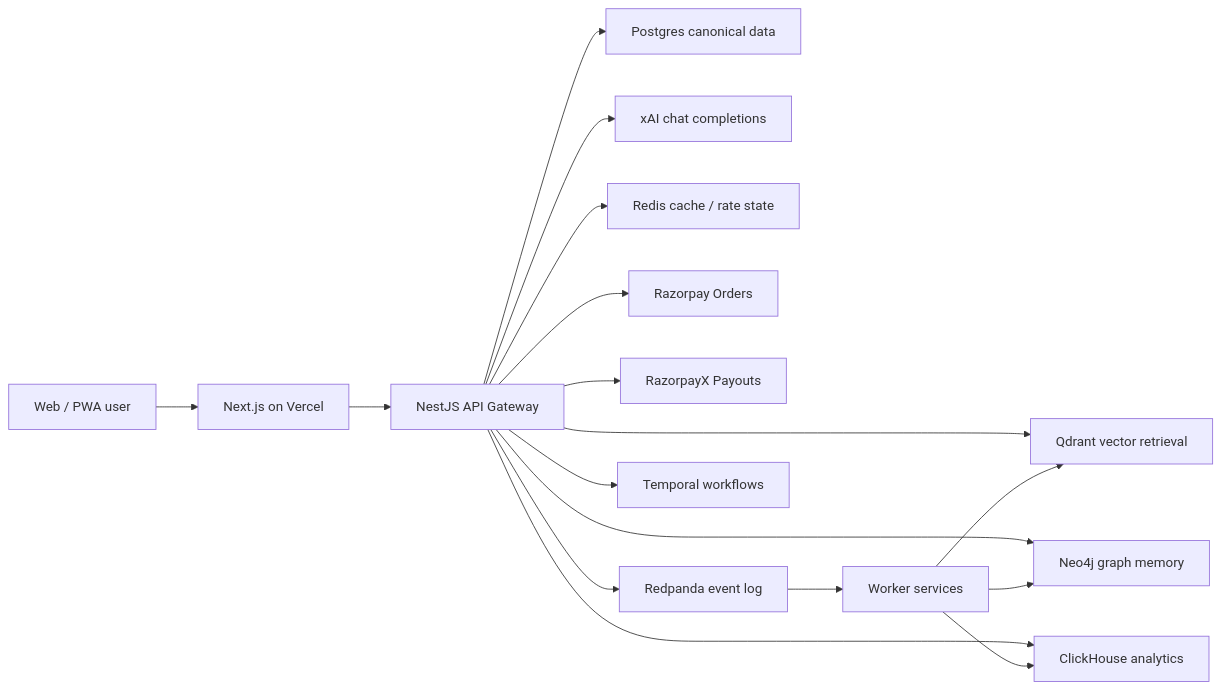
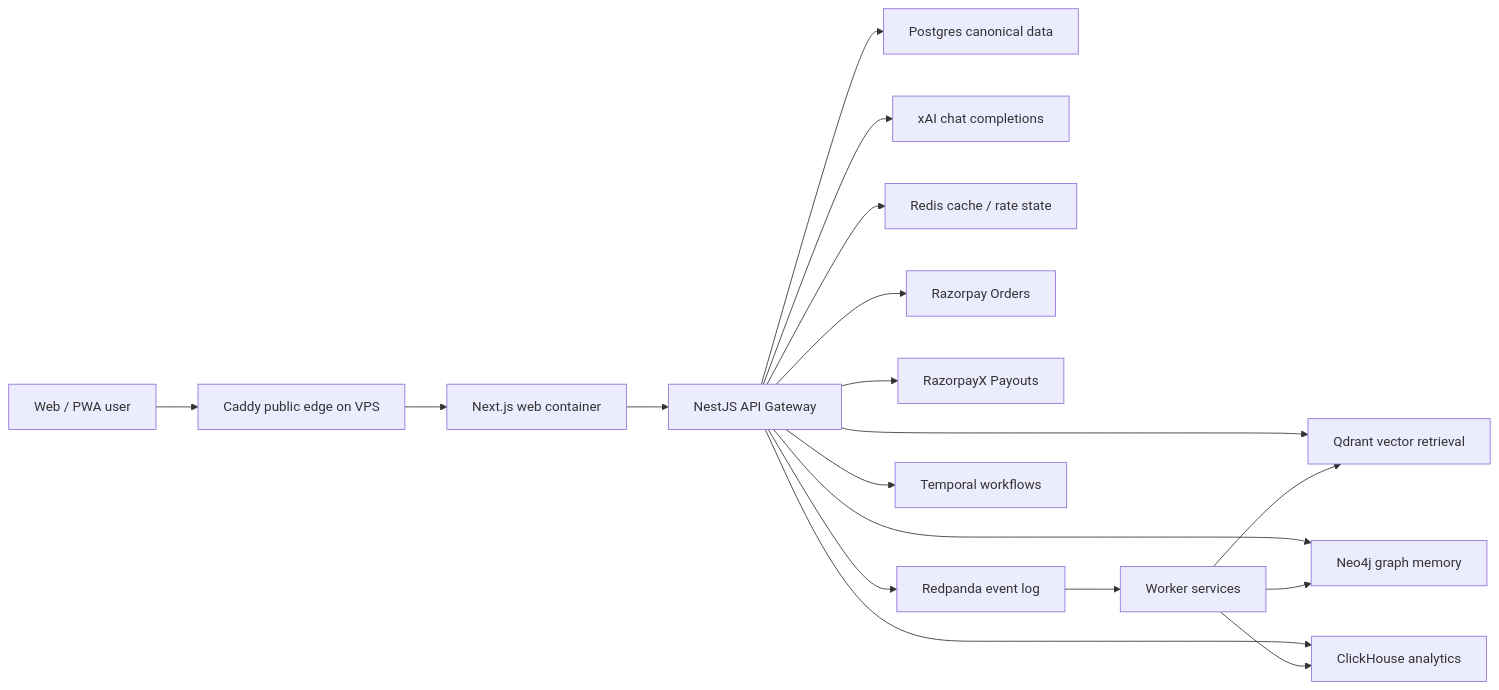
Before and after one commit to Afnanksalal/hana-chat: the first of 3 diagrams in docs/architecture.md, drawn with Mermaid. The commit also changed other lines of this file and 16 other files, not shown here.

Commit message:
chore: self host web on playground vps

````diff
--- a/docs/architecture.md
+++ b/docs/architecture.md
@@ -7,19 +7,20 @@
 ```mermaid
 flowchart LR
-  User["Web / PWA user"] --> Vercel["Next.js on Vercel"]
-  Vercel --> Gateway["NestJS API Gateway"]
+  User["Web / PWA user"] --> Caddy["Caddy public edge on VPS"]
+  Caddy --> Web["Next.js web container"]
+  Web --> Gateway["NestJS API Gateway"]
   Gateway --> Postgres["Postgres canonical data"]
   Gateway --> Qdrant["Qdrant vector retrieval"]
   Gateway --> Xai["xAI chat completions"]
   Gateway --> Redis["Redis cache / rate state"]
   Gateway --> Razorpay["Razorpay Orders"]
   Gateway --> RazorpayX["RazorpayX Payouts"]
   Gateway --> Redpanda["Redpanda event log"]
   Gateway --> Temporal["Temporal workflows"]
   Gateway --> ClickHouse["ClickHouse analytics"]
   Gateway --> Neo4j["Neo4j graph memory"]
   Redpanda --> Workers["Worker services"]
   Workers --> Qdrant
   Workers --> Neo4j
   Workers --> ClickHouse
 ```
````
